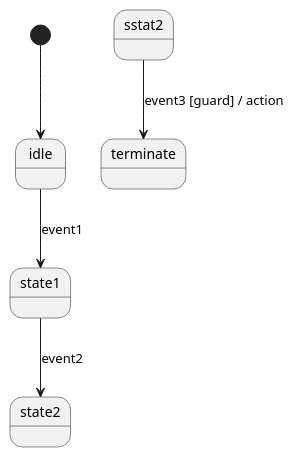
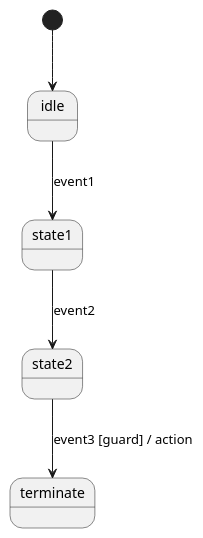
One commit to xue2sheng/spaghettiCode changed the diagram in README.md. Above: the diagram before and after it, drawn with PlantUML. The commit also changed other lines of this file and 1 other file, not shown here.

Commit message:
Long names correction

```diff
--- a/README.md
+++ b/README.md
@@ -19,6 +18,6 @@
            @startuml logic.png
            [*] --> idle
            idle --> state1 : event1
            state1 --> state2 : event2
-           sstat2 --> terminate : event3 [guard] / action
+           state2 --> terminate : event3 [guard] / action
            @enduml
```
